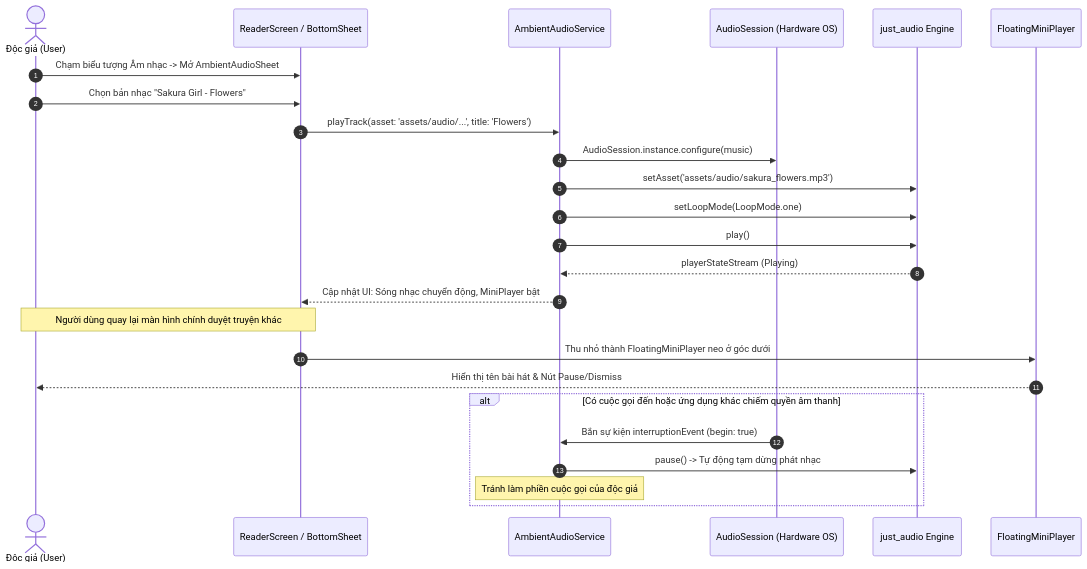
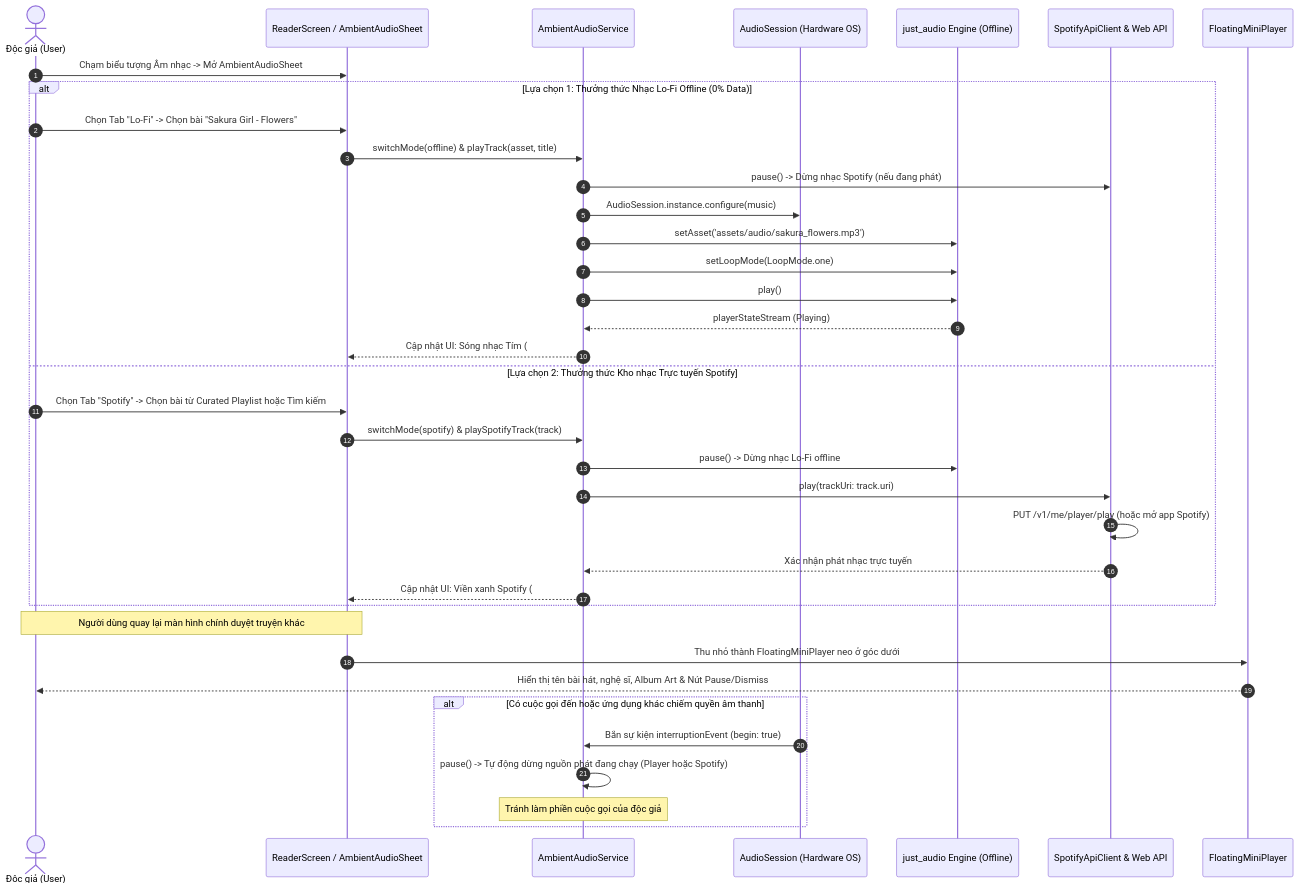
One commit to kortav0103/Naomi changed the sixth of 6 diagrams in spec/1.4.md. Above: the diagram before and after it, drawn with Mermaid. The commit also changed other lines of this file and 27 other files, not shown here.

````diff
--- a/spec/1.4.md
+++ b/spec/1.4.md
@@ -320,31 +330,43 @@
 ```mermaid
 sequenceDiagram
     autonumber
     actor User as Độc giả (User)
-    participant UI as ReaderScreen / BottomSheet
+    participant UI as ReaderScreen / AmbientAudioSheet
     participant Service as AmbientAudioService
     participant Session as AudioSession (Hardware OS)
-    participant Player as just_audio Engine
+    participant Player as just_audio Engine (Offline)
+    participant Spotify as SpotifyApiClient & Web API
     participant MiniPlayer as FloatingMiniPlayer
 
     User->>UI: Chạm biểu tượng Âm nhạc -> Mở AmbientAudioSheet
-    User->>UI: Chọn bản nhạc "Sakura Girl - Flowers"
-    UI->>Service: playTrack(asset: 'assets/audio/...', title: 'Flowers')
     
-    Service->>Session: AudioSession.instance.configure(music)
-    Service->>Player: setAsset('assets/audio/sakura_flowers.mp3')
-    Service->>Player: setLoopMode(LoopMode.one)
-    Service->>Player: play()
-    Player-->>Service: playerStateStream (Playing)
-    Service-->>UI: Cập nhật UI: Sóng nhạc chuyển động, MiniPlayer bật
-    
+    alt Lựa chọn 1: Thưởng thức Nhạc Lo-Fi Offline (0% Data)
+        User->>UI: Chọn Tab "Lo-Fi" -> Chọn bài "Sakura Girl - Flowers"
+        UI->>Service: switchMode(offline) & playTrack(asset, title)
+        Service->>Spotify: pause() -> Dừng nhạc Spotify (nếu đang phát)
+        Service->>Session: AudioSession.instance.configure(music)
+        Service->>Player: setAsset('assets/audio/sakura_flowers.mp3')
+        Service->>Player: setLoopMode(LoopMode.one)
+        Service->>Player: play()
+        Player-->>Service: playerStateStream (Playing)
+        Service-->>UI: Cập nhật UI: Sóng nhạc Tím (#7066A6), MiniPlayer hiển thị
+    else Lựa chọn 2: Thưởng thức Kho nhạc Trực tuyến Spotify
+        User->>UI: Chọn Tab "Spotify" -> Chọn bài từ Curated Playlist hoặc Tìm kiếm
+        UI->>Service: switchMode(spotify) & playSpotifyTrack(track)
+        Service->>Player: pause() -> Dừng nhạc Lo-Fi offline
+        Service->>Spotify: play(trackUri: track.uri)
+        Spotify->>Spotify: PUT /v1/me/player/play (hoặc mở app Spotify)
+        Spotify-->>Service: Xác nhận phát nhạc trực tuyến
+        Service-->>UI: Cập nhật UI: Viền xanh Spotify (#1DB954), Album Art thật
+    end
+
     Note over User, UI: Người dùng quay lại màn hình chính duyệt truyện khác
     UI->>MiniPlayer: Thu nhỏ thành FloatingMiniPlayer neo ở góc dưới
-    MiniPlayer-->>User: Hiển thị tên bài hát & Nút Pause/Dismiss
+    MiniPlayer-->>User: Hiển thị tên bài hát, nghệ sĩ, Album Art & Nút Pause/Dismiss
 
     alt Có cuộc gọi đến hoặc ứng dụng khác chiếm quyền âm thanh
         Session->>Service: Bắn sự kiện interruptionEvent (begin: true)
-        Service->>Player: pause() -> Tự động tạm dừng phát nhạc
+        Service->>Service: pause() -> Tự động dừng nguồn phát đang chạy (Player hoặc Spotify)
         Note over Service: Tránh làm phiền cuộc gọi của độc giả
     end
 ```
````
